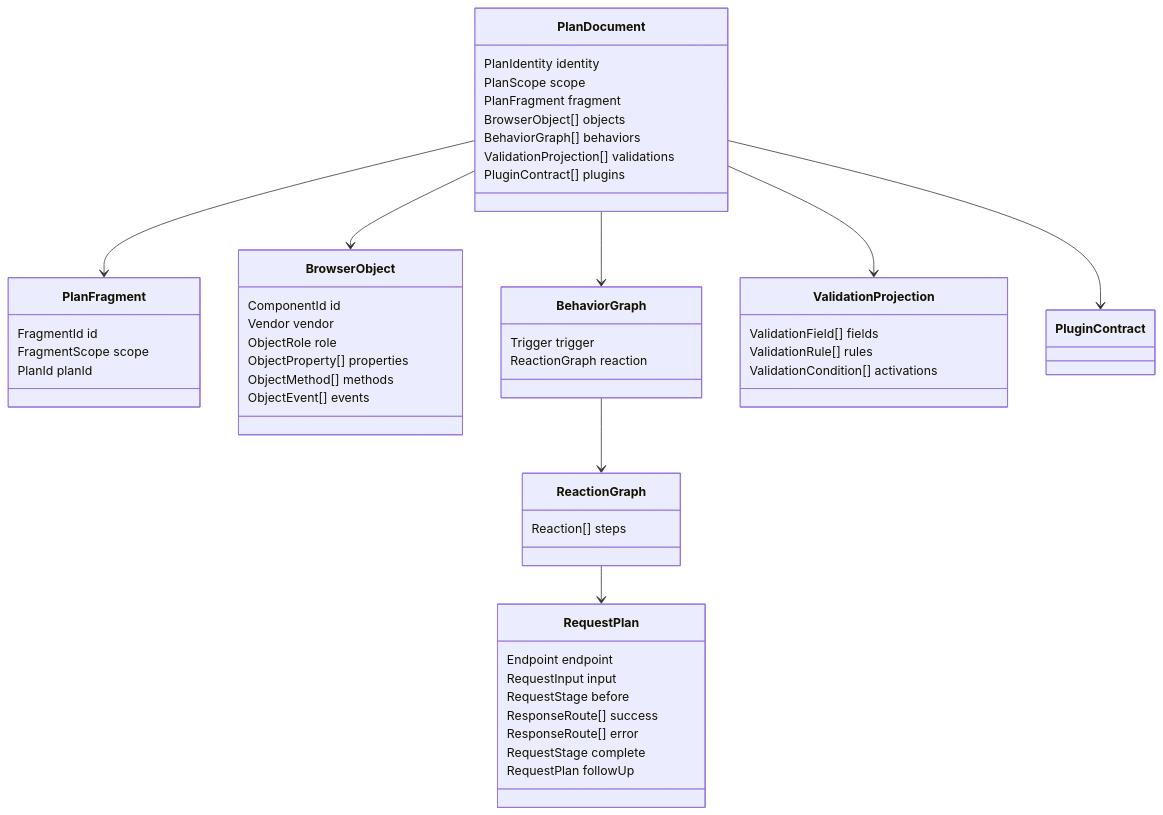
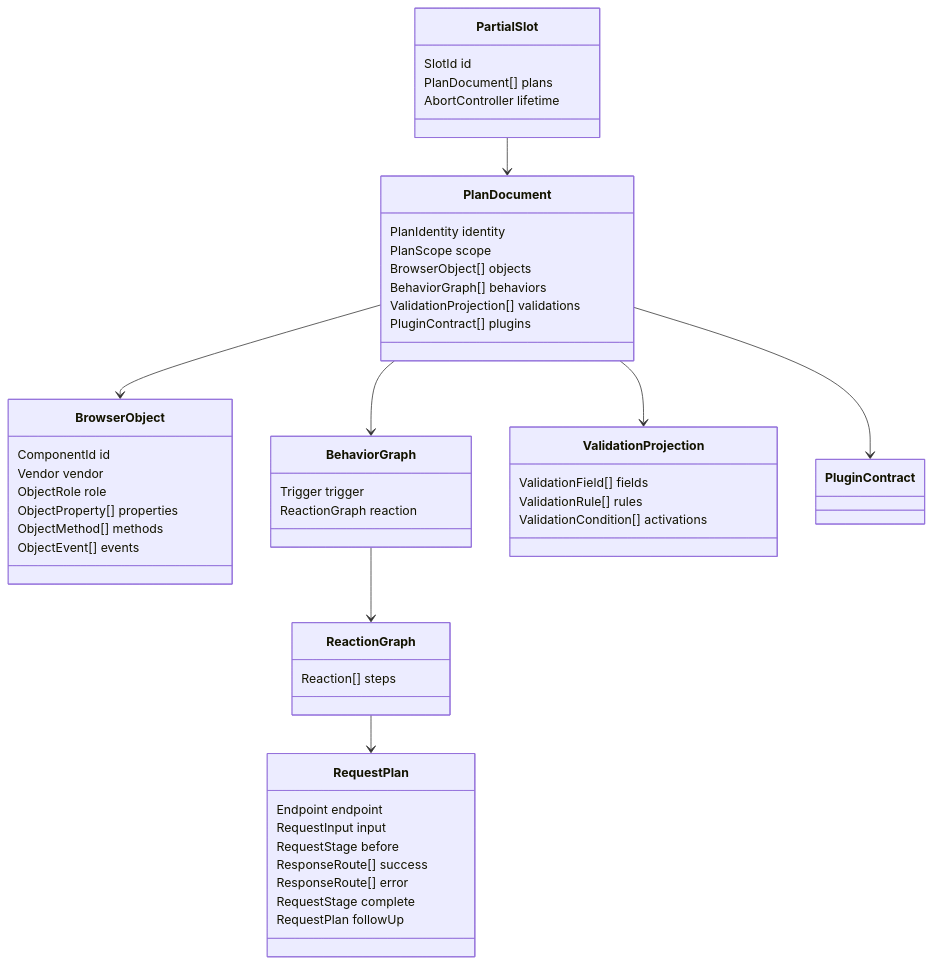
One commit to marafiq/alis-reactive changed the second of 8 diagrams in docs/design/reactive-plan-domain-design.md. Above: the diagram before and after it, drawn with Mermaid. The commit also changed other lines of this file and 6 other files, not shown here.

Commit message:
Recompose partial slot plans

````diff
--- a/docs/design/reactive-plan-domain-design.md
+++ b/docs/design/reactive-plan-domain-design.md
@@ -92,60 +93,59 @@
 ```mermaid
 classDiagram
     class PlanDocument {
         PlanIdentity identity
         PlanScope scope
-        PlanFragment fragment
         BrowserObject[] objects
         BehaviorGraph[] behaviors
         ValidationProjection[] validations
         PluginContract[] plugins
     }
 
-    class PlanFragment {
-        FragmentId id
-        FragmentScope scope
-        PlanId planId
+    class PartialSlot {
+        SlotId id
+        PlanDocument[] plans
+        AbortController lifetime
     }
 
     class BrowserObject {
         ComponentId id
         Vendor vendor
         ObjectRole role
         ObjectProperty[] properties
         ObjectMethod[] methods
         ObjectEvent[] events
     }
 
     class BehaviorGraph {
         Trigger trigger
         ReactionGraph reaction
     }
 
     class ReactionGraph {
         Reaction[] steps
     }
 
     class RequestPlan {
         Endpoint endpoint
         RequestInput input
         RequestStage before
         ResponseRoute[] success
         ResponseRoute[] error
         RequestStage complete
         RequestPlan followUp
     }
 
     class ValidationProjection {
         ValidationField[] fields
         ValidationRule[] rules
         ValidationCondition[] activations
     }
 
-    PlanDocument --> PlanFragment
+    PartialSlot --> PlanDocument
     PlanDocument --> BrowserObject
     PlanDocument --> BehaviorGraph
     PlanDocument --> ValidationProjection
     PlanDocument --> PluginContract
     BehaviorGraph --> ReactionGraph
     ReactionGraph --> RequestPlan
 ```
````
